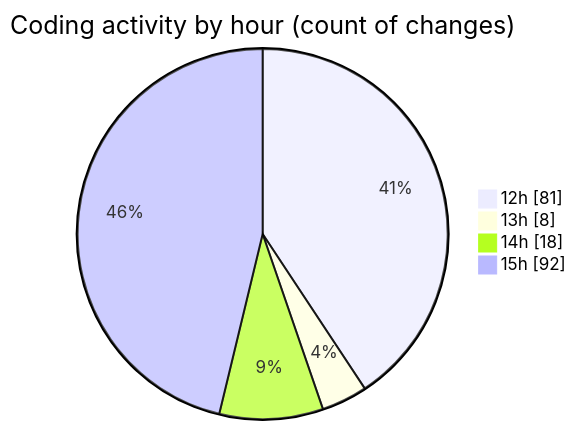
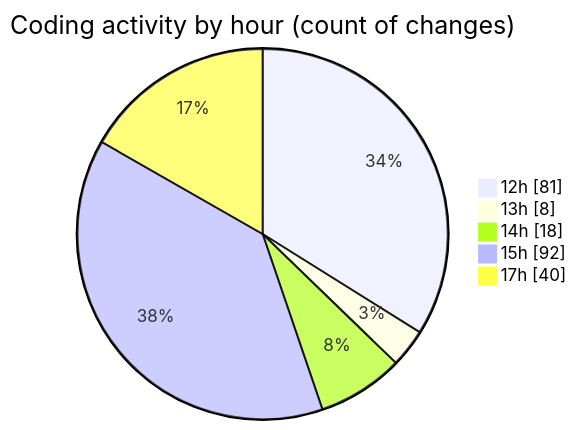
One commit to Ritupan-Deka/code-tracking changed the second of 2 diagrams in 2025-12-28/rust/README.md. Above: the diagram before and after it, drawn with Mermaid. The commit also changed other lines of this file and 1 other file, not shown here.

````diff
--- a/2025-12-28/rust/README.md
+++ b/2025-12-28/rust/README.md
@@ -30,8 +30,9 @@
 ```mermaid
 pie showData
 title Coding activity by hour (count of changes)
 "12h" : 81
 "13h" : 8
 "14h" : 18
 "15h" : 92
+"17h" : 40
 ```
````
